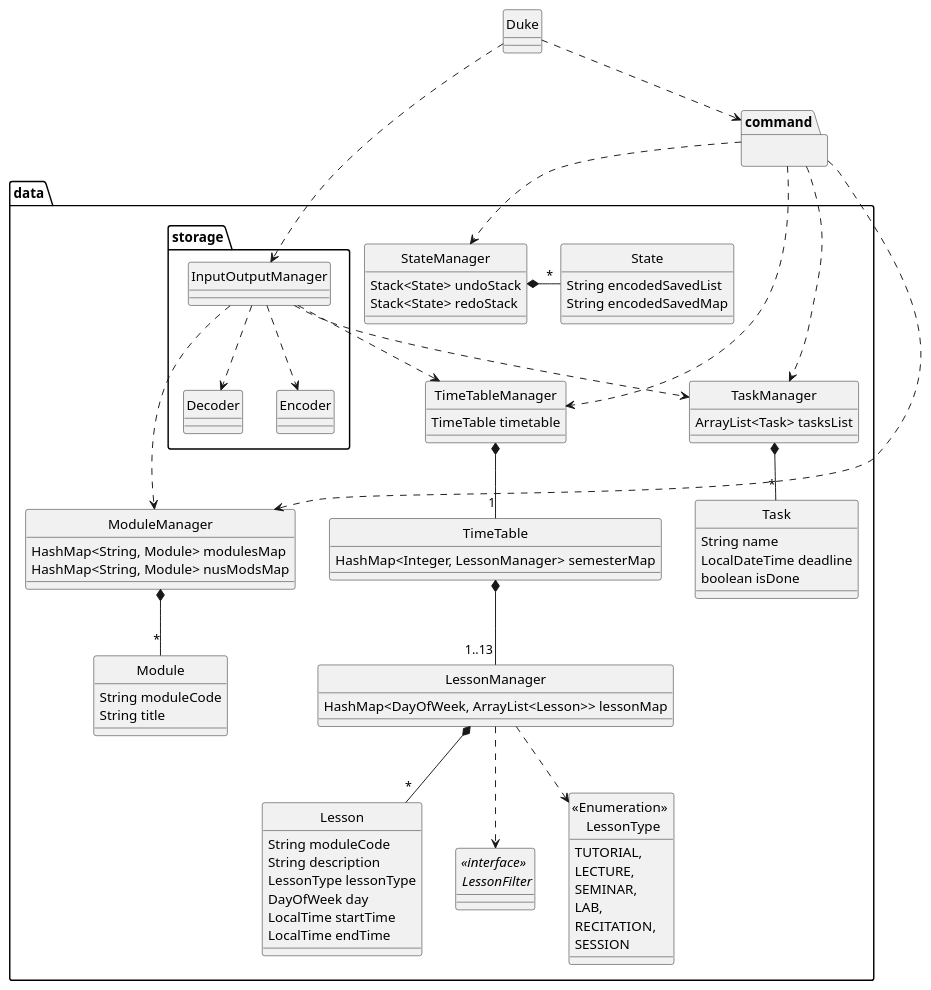
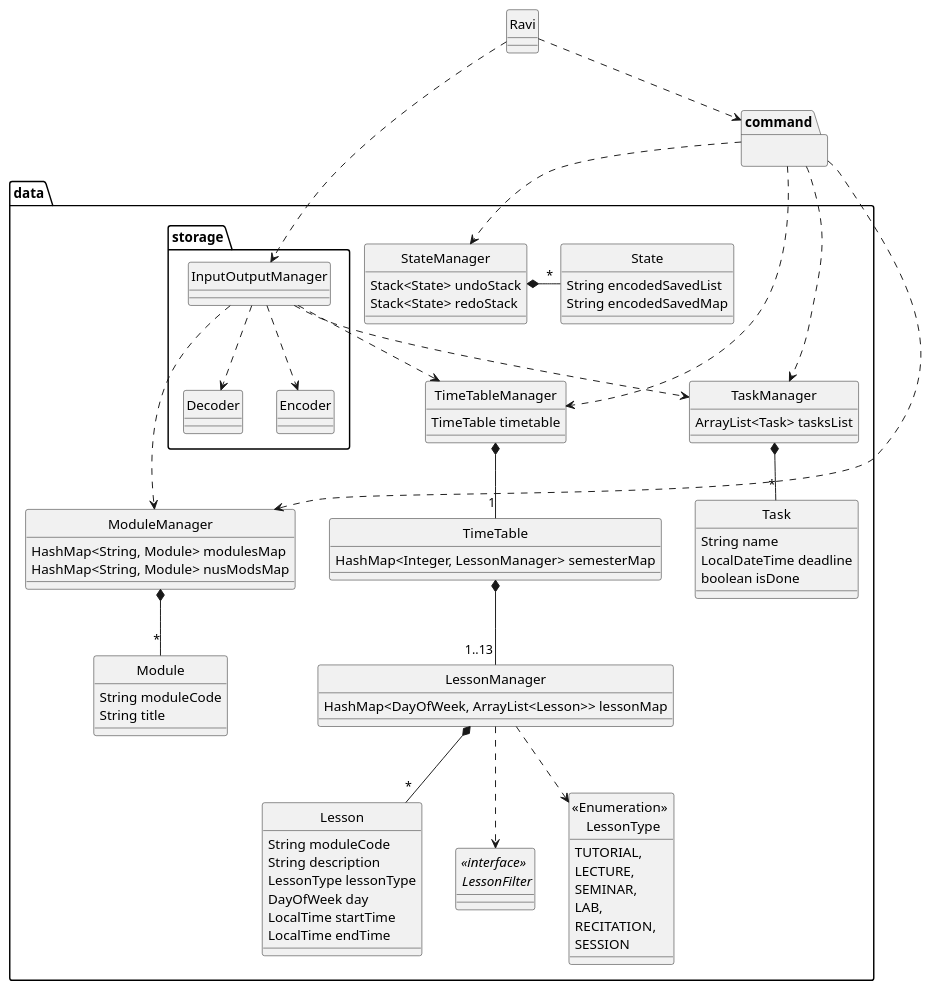
The diagram in docs/diagrams/UML/DataClassDiagram.puml (wangqinNick/tp), drawn with PlantUML before and after one commit. The commit also changed 223 other files, not shown here.

Commit message:
Change all duke into ravi

```diff
--- a/docs/diagrams/UML/DataClassDiagram.puml
+++ b/docs/diagrams/UML/DataClassDiagram.puml
@@ -1,92 +1,92 @@
 @startuml
 
 hide circle
 skinparam classAttributeIconSize 0
 
     package data {
     package storage {
         class InputOutputManager
         class Decoder
         class Encoder
 
         InputOutputManager ..> Decoder
         InputOutputManager ..> Encoder
     }
 
     class Module {
         String moduleCode
         String title
     }
     class ModuleManager {
         HashMap<String, Module> modulesMap
         HashMap<String, Module> nusModsMap
     }
     ModuleManager *-- "*"  Module
     InputOutputManager ...> ModuleManager
 
     class TimeTable {
         HashMap<Integer, LessonManager> semesterMap
     }
     class TimeTableManager {
         TimeTable timetable
     }
     TimeTableManager *-- "1" TimeTable
     TimeTable *-- "1..13" LessonManager
 
     class Task {
         String name
         LocalDateTime deadline
         boolean isDone
     }
     class TaskManager {
         ArrayList<Task> tasksList
     }
     TaskManager *-- "*" Task
     InputOutputManager ..> TaskManager
 
     class State {
         String encodedSavedList
         String encodedSavedMap
     }
     class StateManager {
         Stack<State> undoStack
         Stack<State> redoStack
     }
     StateManager *- "*" State
 
     class Lesson {
         String moduleCode
         String description
         LessonType lessonType
         DayOfWeek day
         LocalTime startTime
         LocalTime endTime
     }
     class LessonManager {
         HashMap<DayOfWeek, ArrayList<Lesson>> lessonMap
     }
     interface "<<interface>> \n LessonFilter"
     enum "<<Enumeration>> \n LessonType" {
         TUTORIAL,
         LECTURE,
         SEMINAR,
         LAB,
         RECITATION,
         SESSION
     }
     LessonManager *-- "*"  Lesson
     LessonManager ..> "<<Enumeration>> \n LessonType"
     LessonManager ..> "<<interface>> \n LessonFilter"
     InputOutputManager ..> TimeTableManager
 }
 package command{
 }
-class Duke
-Duke ..> command
-Duke ..> InputOutputManager
+class Ravi
+Ravi ..> command
+Ravi ..> InputOutputManager
 command ..> TimeTableManager
 command ..> TaskManager
 command ..> ModuleManager
 command ..> StateManager
 
 @enduml
```
